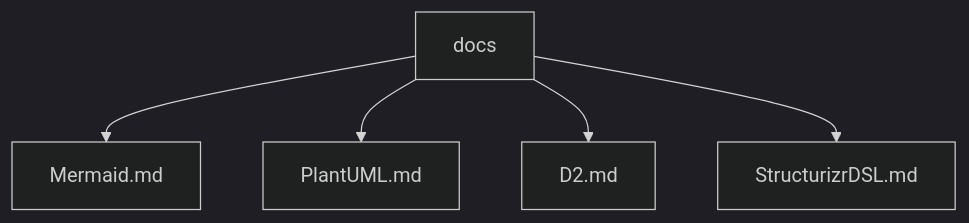
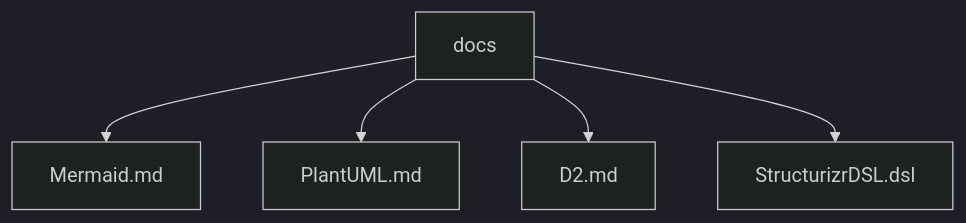
One commit to mttomaz/Spring-DAC changed the diagram in docs/README.md. Above: the diagram before and after it, drawn with Mermaid (dark theme).

````diff
--- a/docs/README.md
+++ b/docs/README.md
@@ -1,7 +1,7 @@
 ```mermaid
 flowchart TD
   A[docs] --> B[Mermaid.md]
   A[docs] --> C[PlantUML.md]
   A[docs] --> D[D2.md]
-  A[docs] --> E[StructurizrDSL.md]
+  A[docs] --> E[StructurizrDSL.dsl]
 ```
````
